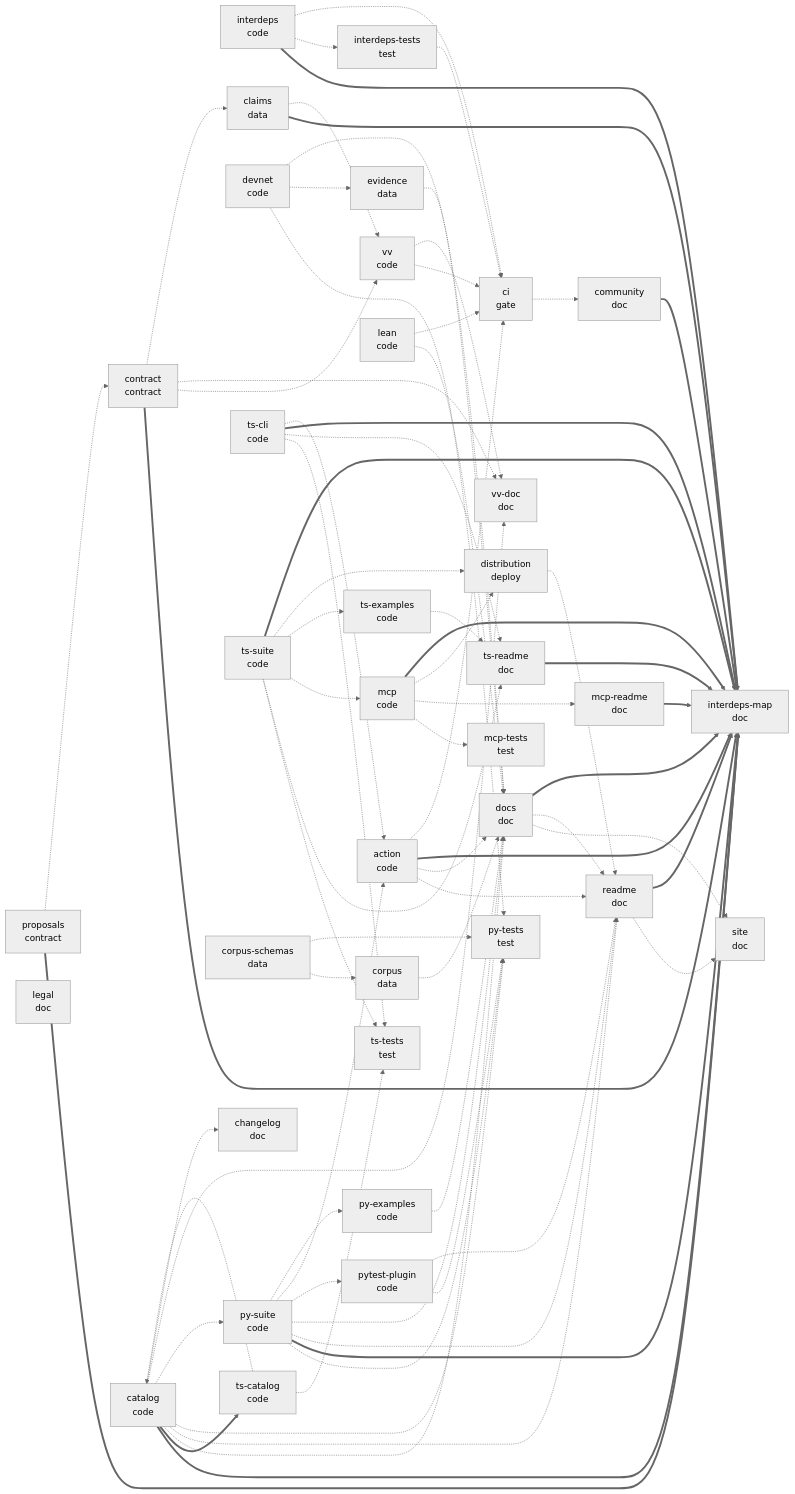
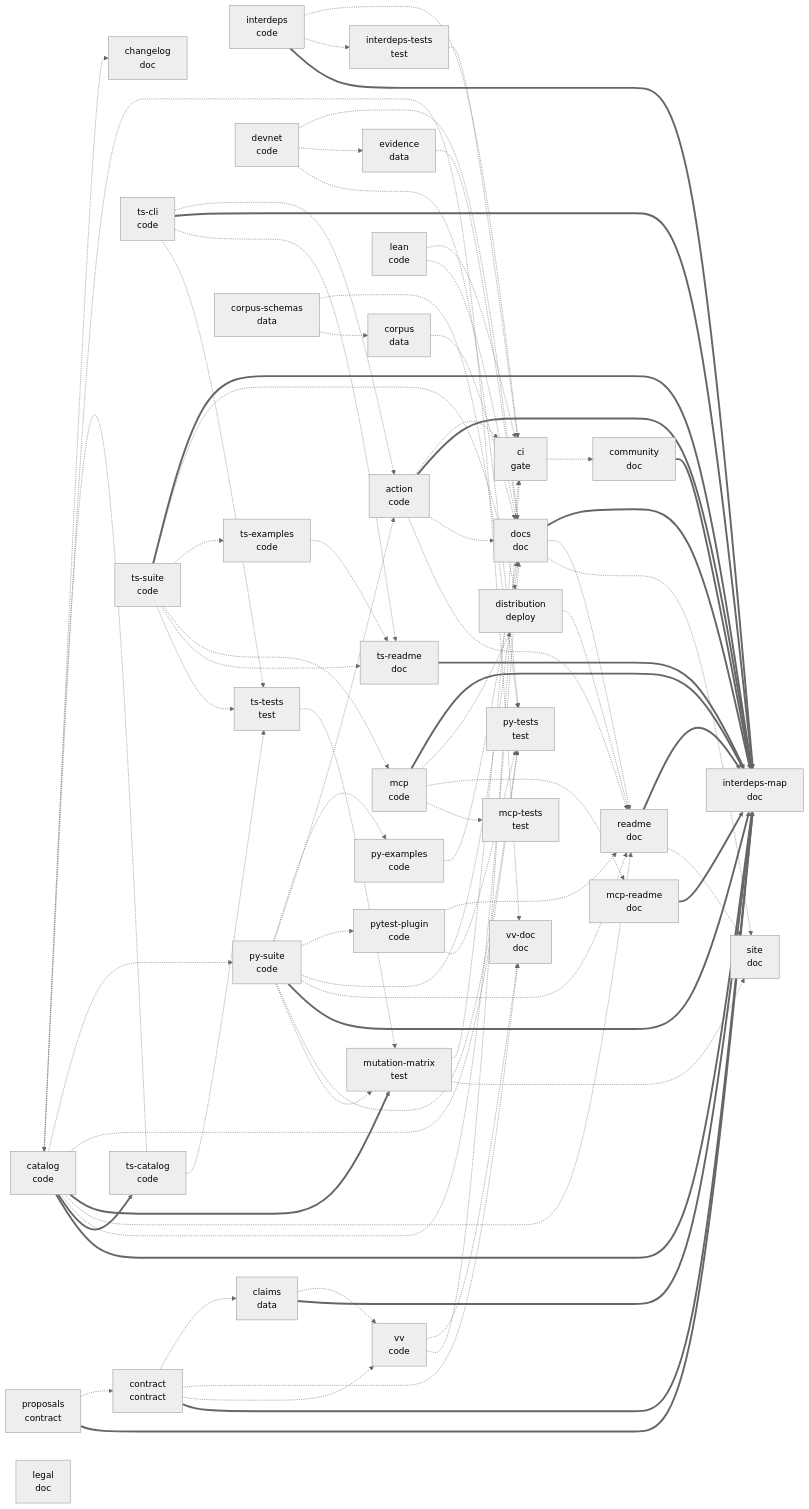
The second of 2 diagrams in docs/INTERDEPENDENCY.md (atsp-protocol/x402-conformance), drawn with Mermaid (neutral theme) before and after one commit. The commit also changed other lines of this file and 8 other files, not shown here.

```diff
--- a/docs/INTERDEPENDENCY.md
+++ b/docs/INTERDEPENDENCY.md
@@ -333,6 +333,7 @@
   mcp["mcp<br/>code"]
   action["action<br/>code"]
   distribution["distribution<br/>deploy"]
+  mutation_matrix["mutation-matrix<br/>test"]
   site["site<br/>doc"]
   lean["lean<br/>code"]
   corpus_schemas["corpus-schemas<br/>data"]
@@ -362,6 +363,11 @@
   catalog ==> ts_catalog
   catalog -.-> docs
   catalog -.-> readme
+  catalog ==> mutation_matrix
+  py_suite -.-> mutation_matrix
+  ts_tests -.-> mutation_matrix
+  mutation_matrix -.-> site
+  mutation_matrix -.-> ci
   catalog -.-> py_tests
   catalog -.-> py_suite
   catalog -.-> vv_doc
```
